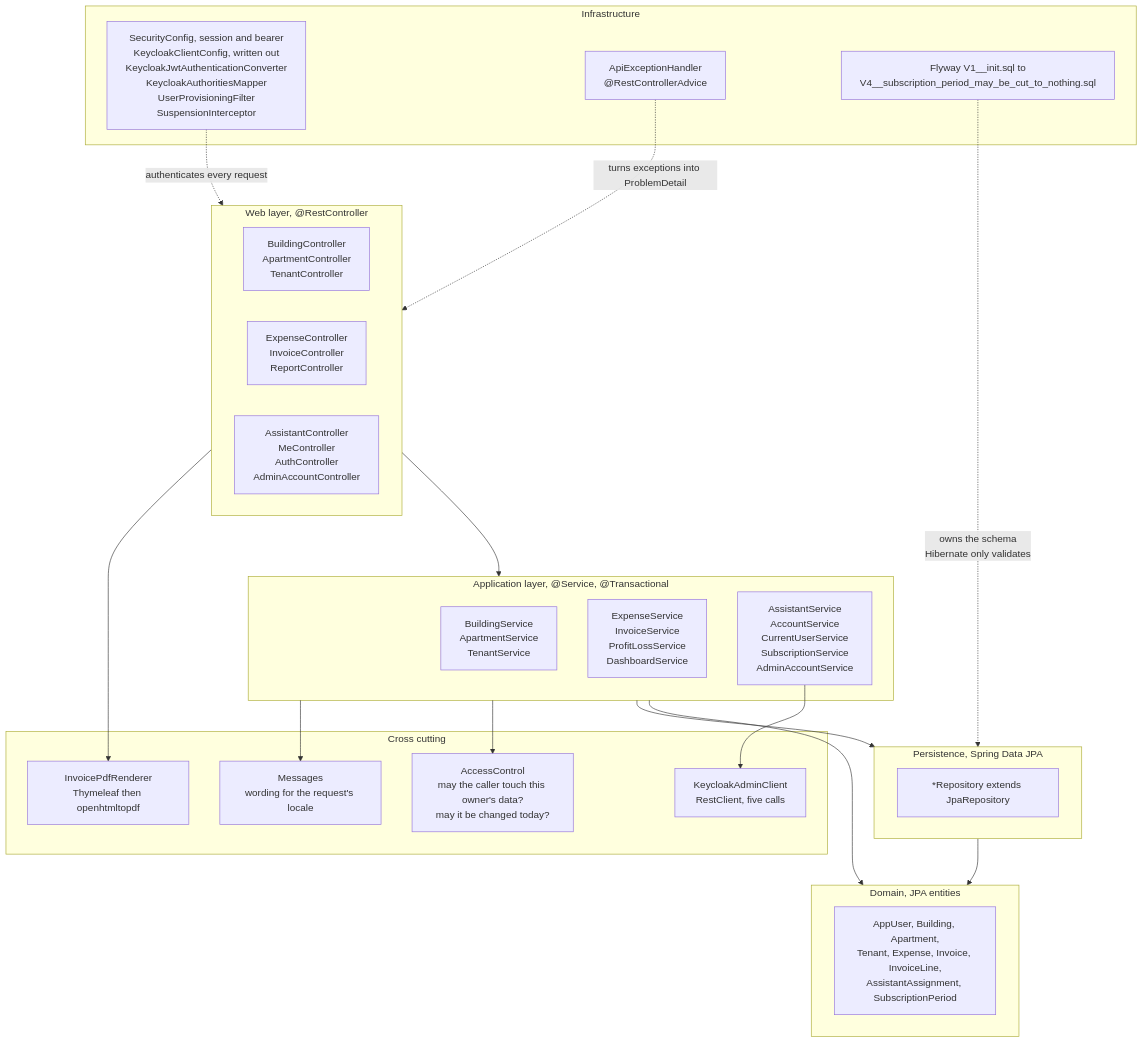
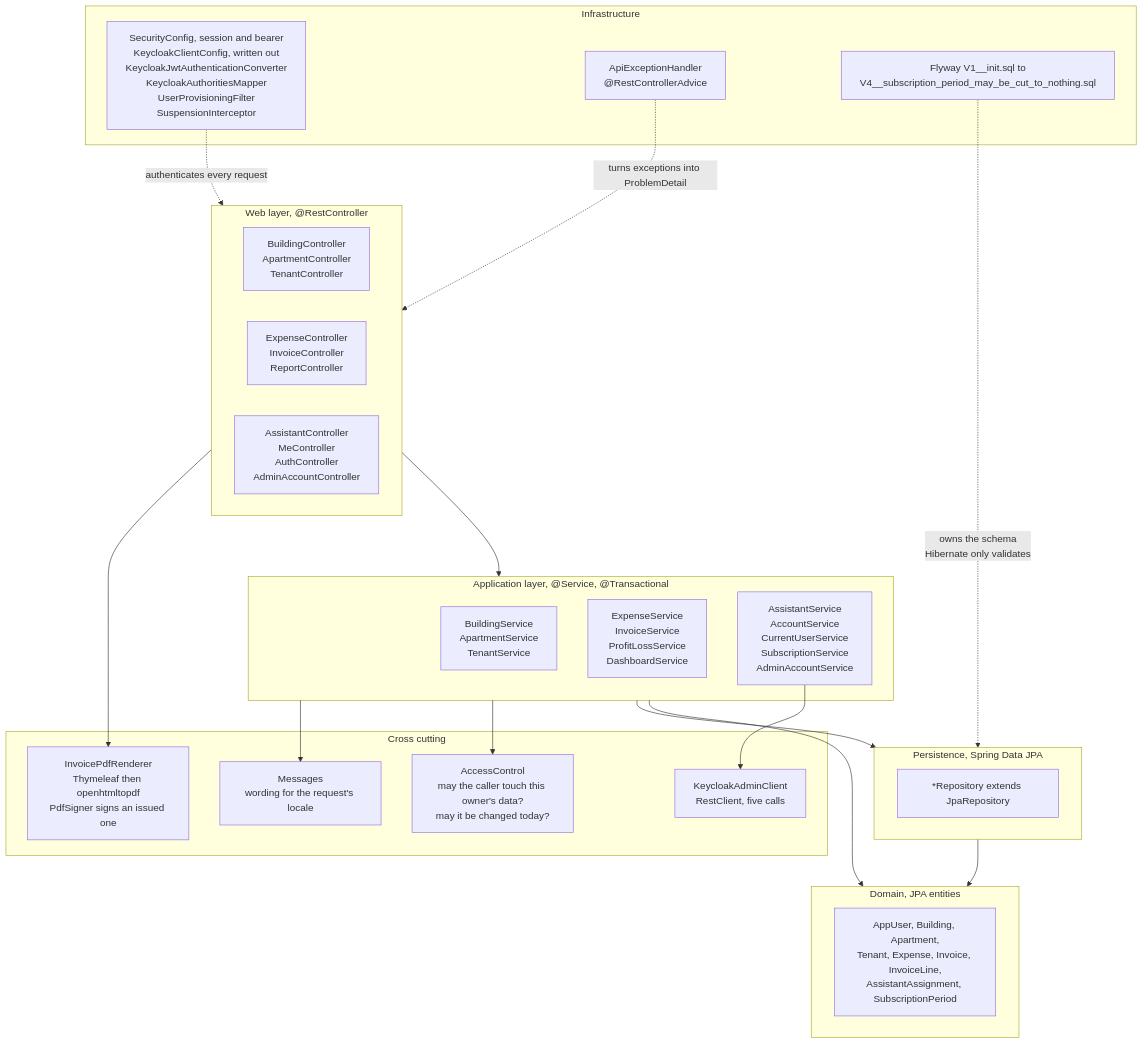
One commit to stephane-nganou/building-management-systems changed the third of 20 diagrams in docs/ARCHITECTURE_DIAGRAMS.md. Above: the diagram before and after it, drawn with Mermaid. The commit also changed other lines of this file and 29 other files, not shown here.

````diff
--- a/docs/ARCHITECTURE_DIAGRAMS.md
+++ b/docs/ARCHITECTURE_DIAGRAMS.md
@@ -138,47 +138,47 @@
 ```mermaid
 flowchart TB
     subgraph web["Web layer, @RestController"]
         c1["BuildingController<br/>ApartmentController<br/>TenantController"]
         c2["ExpenseController<br/>InvoiceController<br/>ReportController"]
         c3["AssistantController<br/>MeController<br/>AuthController<br/>AdminAccountController"]
     end
 
     subgraph app["Application layer, @Service, @Transactional"]
         s1["BuildingService<br/>ApartmentService<br/>TenantService"]
         s2["ExpenseService<br/>InvoiceService<br/>ProfitLossService<br/>DashboardService"]
         s3["AssistantService<br/>AccountService<br/>CurrentUserService<br/>SubscriptionService<br/>AdminAccountService"]
     end
 
     subgraph domain["Domain, JPA entities"]
         d1["AppUser, Building, Apartment,<br/>Tenant, Expense, Invoice, InvoiceLine,<br/>AssistantAssignment, SubscriptionPeriod"]
     end
 
     subgraph data["Persistence, Spring Data JPA"]
         r1["*Repository extends JpaRepository"]
     end
 
     subgraph cross["Cross cutting"]
         ac["AccessControl<br/>may the caller touch this owner's data?<br/>may it be changed today?"]
         msg["Messages<br/>wording for the request's locale"]
-        pdf["InvoicePdfRenderer<br/>Thymeleaf then openhtmltopdf"]
+        pdf["InvoicePdfRenderer<br/>Thymeleaf then openhtmltopdf<br/>PdfSigner signs an issued one"]
         kcc["KeycloakAdminClient<br/>RestClient, five calls"]
     end
 
     subgraph infra["Infrastructure"]
         sec["SecurityConfig, session and bearer<br/>KeycloakClientConfig, written out<br/>KeycloakJwtAuthenticationConverter<br/>KeycloakAuthoritiesMapper<br/>UserProvisioningFilter<br/>SuspensionInterceptor"]
         exh["ApiExceptionHandler<br/>@RestControllerAdvice"]
         fly["Flyway V1__init.sql to<br/>V4__subscription_period_may_be_cut_to_nothing.sql"]
     end
 
     web --> app
     app --> domain
     app --> data
     data --> domain
     app --> ac
     app --> msg
     web --> pdf
     s3 --> kcc
     sec -.->|"authenticates every request"| web
     exh -.->|"turns exceptions into ProblemDetail"| web
     fly -.->|"owns the schema<br/>Hibernate only validates"| data
 ```
````
